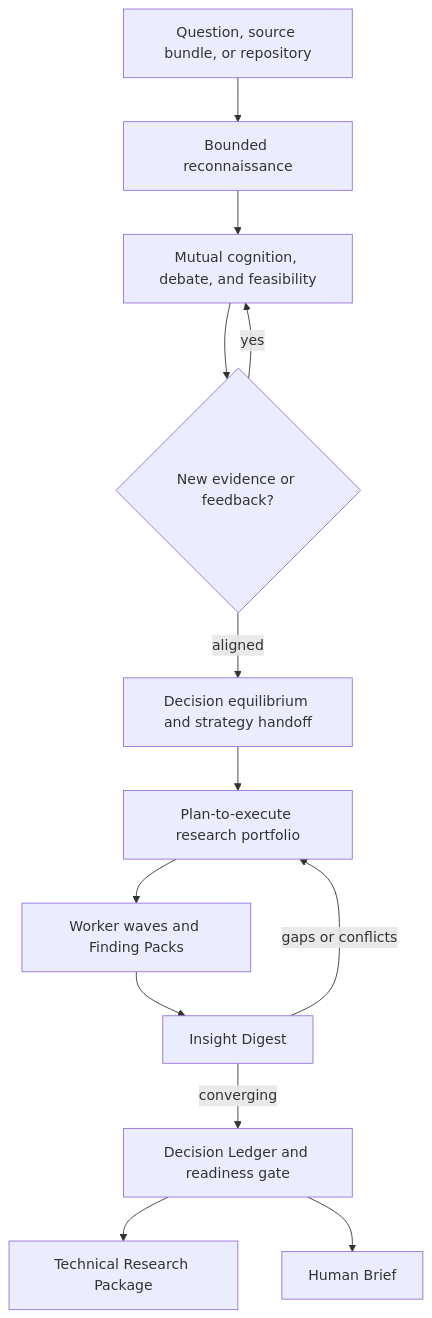
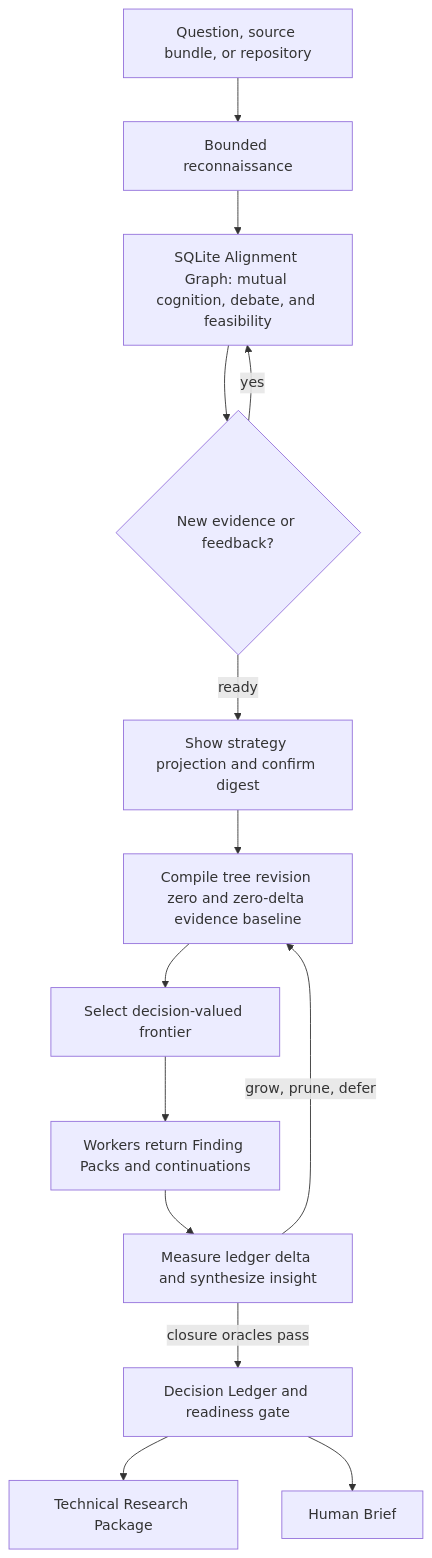
One commit to amd2g2zz/research-tree changed the diagram in README.md. Above: the diagram before and after it, drawn with Mermaid. The commit also changed other lines of this file and 62 other files, not shown here.

````diff
--- a/README.md
+++ b/README.md
@@ -71,15 +74,16 @@
 ```mermaid
 flowchart TD
     Q[Question, source bundle, or repository] --> R[Bounded reconnaissance]
-    R --> C[Mutual cognition, debate, and feasibility]
+    R --> C[SQLite Alignment Graph: mutual cognition, debate, and feasibility]
     C --> H{New evidence or feedback?}
     H -->|yes| C
-    H -->|aligned| S[Decision equilibrium and strategy handoff]
-    S --> P[Plan-to-execute research portfolio]
-    P --> W[Worker waves and Finding Packs]
-    W --> I[Insight Digest]
-    I -->|gaps or conflicts| P
-    I -->|converging| L[Decision Ledger and readiness gate]
+    H -->|ready| S[Show strategy projection and confirm digest]
+    S --> P[Compile tree revision zero and zero-delta evidence baseline]
+    P --> F[Select decision-valued frontier]
+    F --> W[Workers return Finding Packs and continuations]
+    W --> I[Measure ledger delta and synthesize insight]
+    I -->|grow, prune, defer| P
+    I -->|closure oracles pass| L[Decision Ledger and readiness gate]
     L --> T[Technical Research Package]
     L --> B[Human Brief]
 ```
````
